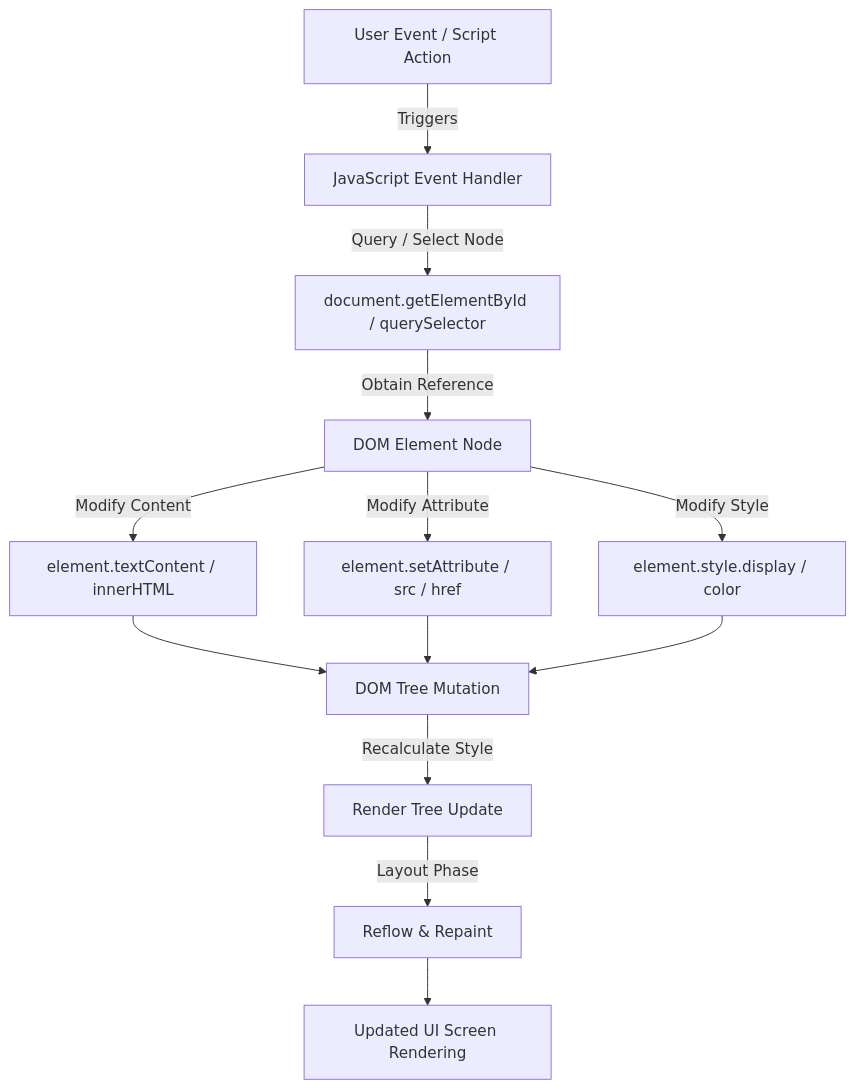
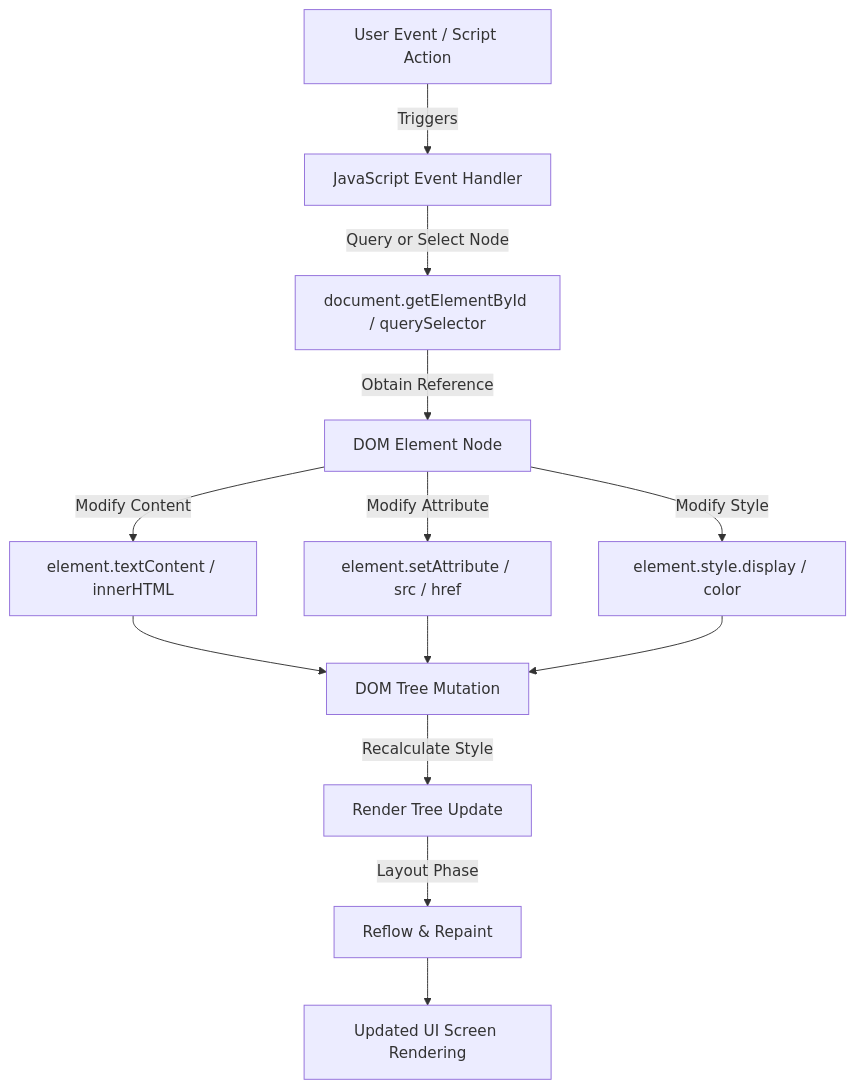
The diagram in JavaScript/02-DOM-Manipulation/01-DOM-Element-Interaction.md (userAshwani/mastering-code), drawn with Mermaid before and after one commit. The commit also changed 3 other files, not shown here.

Commit message:
fix(docs): resolve GitHub Mermaid diagram syntax errors across all markdown notes

````diff
--- a/JavaScript/02-DOM-Manipulation/01-DOM-Element-Interaction.md
+++ b/JavaScript/02-DOM-Manipulation/01-DOM-Element-Interaction.md
@@ -21,15 +21,18 @@
 ```mermaid
 flowchart TD
-    A[User Event / Script Action] -->|Triggers| B[JavaScript Event Handler]
-    B -->|Query / Select Node| C[document.getElementById / querySelector]
+    A["User Event / Script Action"] -->|Triggers| B[JavaScript Event Handler]
+    B -->|Query or Select Node| C["document.getElementById / querySelector"]
     C -->|Obtain Reference| D[DOM Element Node]
     
-    D -->|Modify Content| E1[element.textContent / innerHTML]
-    D -->|Modify Attribute| E2[element.setAttribute / src / href]
-    D -->|Modify Style| E3[element.style.display / color]
+    D -->|Modify Content| E1["element.textContent / innerHTML"]
+    D -->|Modify Attribute| E2["element.setAttribute / src / href"]
+    D -->|Modify Style| E3["element.style.display / color"]
     
-    E1 & E2 & E3 --> F[DOM Tree Mutation]
+    E1 --> F[DOM Tree Mutation]
+    E2 --> F[DOM Tree Mutation]
+    E3 --> F[DOM Tree Mutation]
+    
     F -->|Recalculate Style| G[Render Tree Update]
-    G -->|Layout Phase| H[Reflow & Repaint]
+    G -->|Layout Phase| H["Reflow & Repaint"]
     H --> I[Updated UI Screen Rendering]
 ```
````
